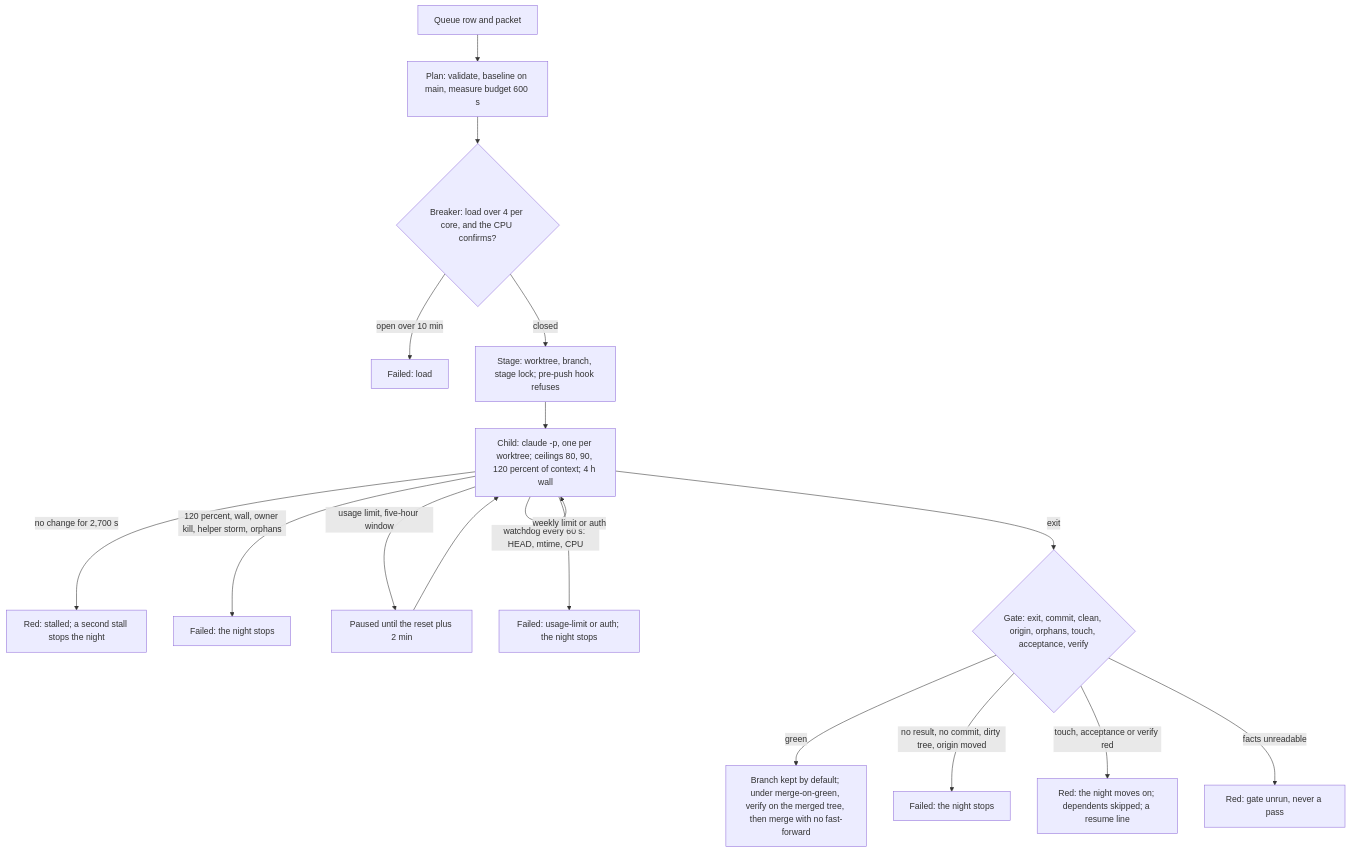
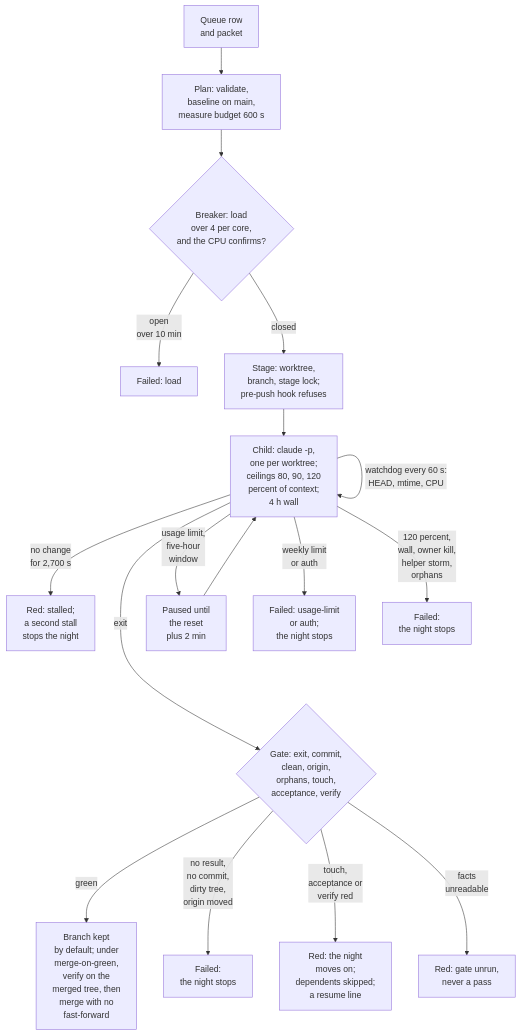
Before and after one commit to agentik-dev/agentik-research: the diagram in docs/tools/relay.md, drawn with Mermaid. The commit also changed 22 other files, not shown here.

````diff
--- a/docs/tools/relay.md
+++ b/docs/tools/relay.md
@@ -52,18 +52,20 @@
 ```mermaid
 flowchart TD
-  Q["Queue row and packet"] --> P["Plan: validate, baseline on main, measure budget 600 s"]
-  P --> B{"Breaker: load over 4 per core, and the CPU confirms?"}
-  B -->|"open over 10 min"| L["Failed: load"]
-  B -->|"closed"| S["Stage: worktree, branch, stage lock; pre-push hook refuses"]
-  S --> C["Child: claude -p, one per worktree; ceilings 80, 90, 120 percent of context; 4 h wall"]
-  C -->|"watchdog every 60 s: HEAD, mtime, CPU"| C
-  C -->|"no change for 2,700 s"| ST["Red: stalled; a second stall stops the night"]
-  C -->|"120 percent, wall, owner kill, helper storm, orphans"| F["Failed: the night stops"]
-  C -->|"usage limit, five-hour window"| PZ["Paused until the reset plus 2 min"] --> C
-  C -->|"weekly limit or auth"| AS["Failed: usage-limit or auth; the night stops"]
-  C -->|"exit"| G{"Gate: exit, commit, clean, origin, orphans, touch, acceptance, verify"}
-  G -->|"green"| M["Branch kept by default; under merge-on-green, verify on the merged tree, then merge with no fast-forward"]
-  G -->|"no result, no commit, dirty tree, origin moved"| SF["Failed: the night stops"]
-  G -->|"touch, acceptance or verify red"| R["Red: the night moves on; dependents skipped; a resume line"]
-  G -->|"facts unreadable"| U["Red: gate unrun, never a pass"]
+  Q["Queue row<br>and packet"] --> P["Plan: validate,<br>baseline on main,<br>measure budget 600 s"]
+  P --> B{"Breaker: load<br>over 4 per core,<br>and the CPU confirms?"}
+  B -->|"open<br>over 10 min"| L["Failed: load"]
+  B -->|"closed"| S["Stage: worktree,<br>branch, stage lock;<br>pre-push hook refuses"]
+  S --> C["Child: claude -p,<br>one per worktree;<br>ceilings 80, 90, 120<br>percent of context;<br>4 h wall"]
+  C -->|"watchdog every 60 s:<br>HEAD, mtime, CPU"| C
+  C -->|"no change<br>for 2,700 s"| ST["Red: stalled;<br>a second stall<br>stops the night"]
+  C -->|"120 percent,<br>wall, owner kill,<br>helper storm,<br>orphans"| F["Failed:<br>the night stops"]
+  C -->|"usage limit,<br>five-hour<br>window"| PZ["Paused until<br>the reset<br>plus 2 min"] --> C
+  C -->|"weekly limit<br>or auth"| AS["Failed: usage-limit<br>or auth;<br>the night stops"]
+  C -->|"exit"| G{"Gate: exit, commit,<br>clean, origin,<br>orphans, touch,<br>acceptance, verify"}
+  G -->|"green"| M["Branch kept<br>by default; under<br>merge-on-green,<br>verify on the<br>merged tree, then<br>merge with no<br>fast-forward"]
+  G -->|"no result,<br>no commit,<br>dirty tree,<br>origin moved"| SF["Failed:<br>the night stops"]
+  G -->|"touch,<br>acceptance or<br>verify red"| R["Red: the night<br>moves on;<br>dependents skipped;<br>a resume line"]
+  G -->|"facts<br>unreadable"| U["Red: gate unrun,<br>never a pass"]
+  %% An invisible link, for layout only: it draws the gate below the child's other exits.
+  F ~~~ G
 ```
````
